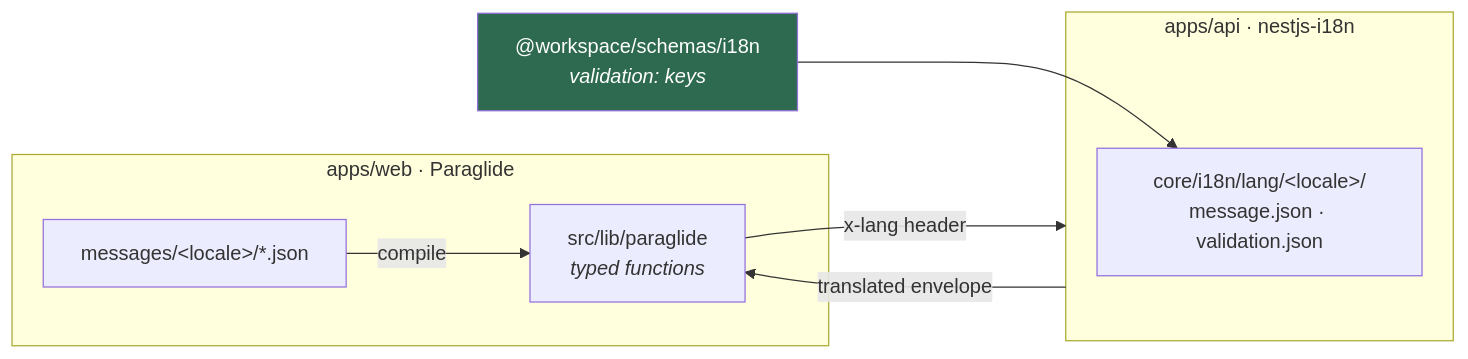
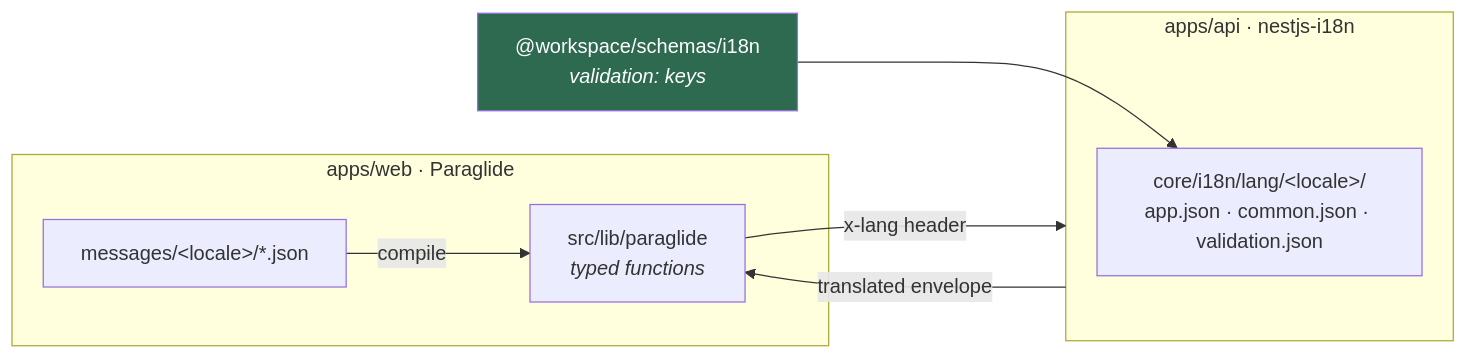
Before and after one commit to toraaoo/fullstack-monorepo: the first of 2 diagrams in docs/i18n.md, drawn with Mermaid. The commit also changed other lines of this file and 12 other files, not shown here.

````diff
--- a/docs/i18n.md
+++ b/docs/i18n.md
@@ -6,17 +6,17 @@
 ```mermaid
 flowchart LR
     subgraph WEB["apps/web · Paraglide"]
         M["messages/&lt;locale&gt;/*.json"] -->|compile| P["src/lib/paraglide<br/><i>typed functions</i>"]
     end
 
     subgraph API["apps/api · nestjs-i18n"]
-        L["core/i18n/lang/&lt;locale&gt;/<br/>message.json · validation.json"]
+        L["core/i18n/lang/&lt;locale&gt;/<br/>app.json · common.json · validation.json"]
     end
 
     S["@workspace/schemas/i18n<br/><i>validation: keys</i>"] --> L
 
     P -->|"x-lang header"| API
     API -->|"translated envelope"| P
 
     style S fill:#2d6a4f,color:#fff
 ```
````
